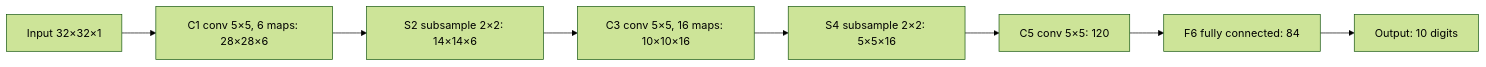
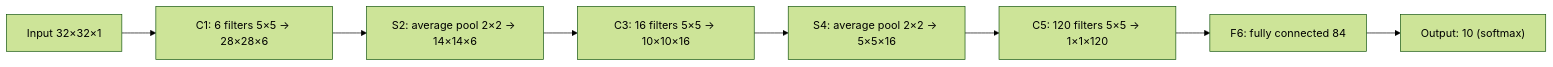
The second of 6 diagrams in content/deep-learning/notes/cnn-architectures.mdx (TrendySloth1001/sem-seven-notes), drawn with Mermaid (forest theme) before and after one commit. The commit also changed other lines of this file and 186 other files, not shown here.

````diff
--- a/content/deep-learning/notes/cnn-architectures.mdx
+++ b/content/deep-learning/notes/cnn-architectures.mdx
@@ -78,11 +69,11 @@
 ```mermaid
-%% caption: LeNet-5 from left to right, with the size of the data after each layer. Convolution and subsampling alternate twice, then three layers do the classification.
+%% caption: LeNet-5 with the shape after every layer. Convolutions make more feature maps; subsampling halves the size; the last layers classify.
 flowchart LR
-  A["Input 32×32×1"] --> B["C1 conv 5×5, 6 maps: 28×28×6"]
-  B --> C["S2 subsample 2×2: 14×14×6"]
-  C --> D["C3 conv 5×5, 16 maps: 10×10×16"]
-  D --> E["S4 subsample 2×2: 5×5×16"]
-  E --> F["C5 conv 5×5: 120"]
-  F --> G["F6 fully connected: 84"]
-  G --> H["Output: 10 digits"]
+  A["Input 32×32×1"] --> B["C1: 6 filters 5×5 → 28×28×6"]
+  B --> C["S2: average pool 2×2 → 14×14×6"]
+  C --> D["C3: 16 filters 5×5 → 10×10×16"]
+  D --> E["S4: average pool 2×2 → 5×5×16"]
+  E --> F["C5: 120 filters 5×5 → 1×1×120"]
+  F --> G["F6: fully connected 84"]
+  G --> H["Output: 10 (softmax)"]
 ```
````
